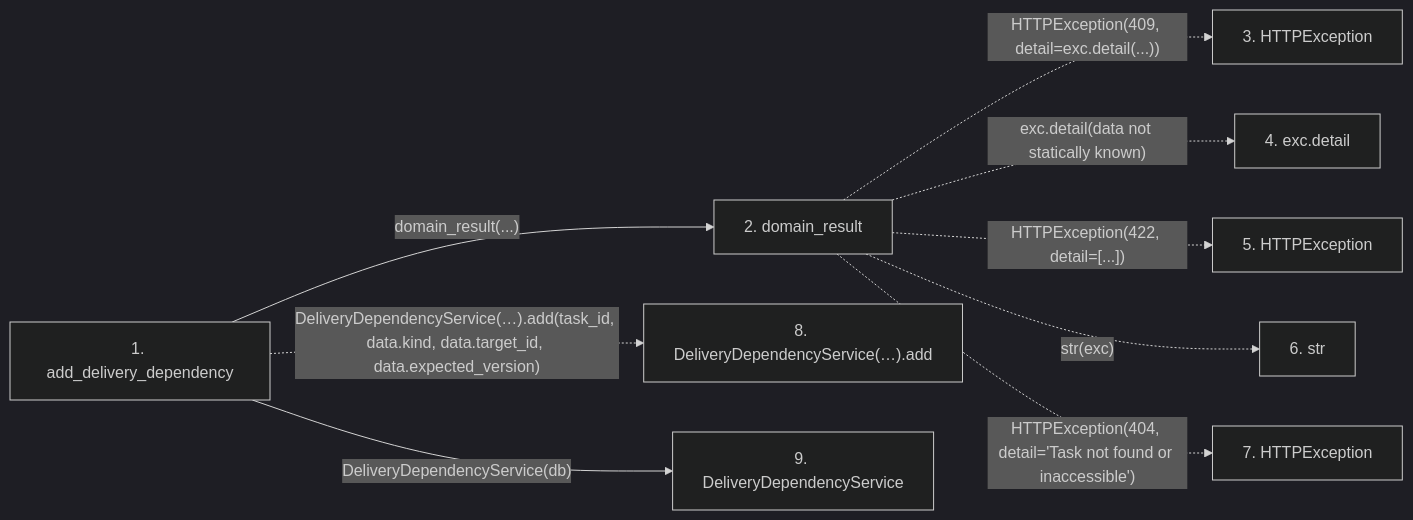
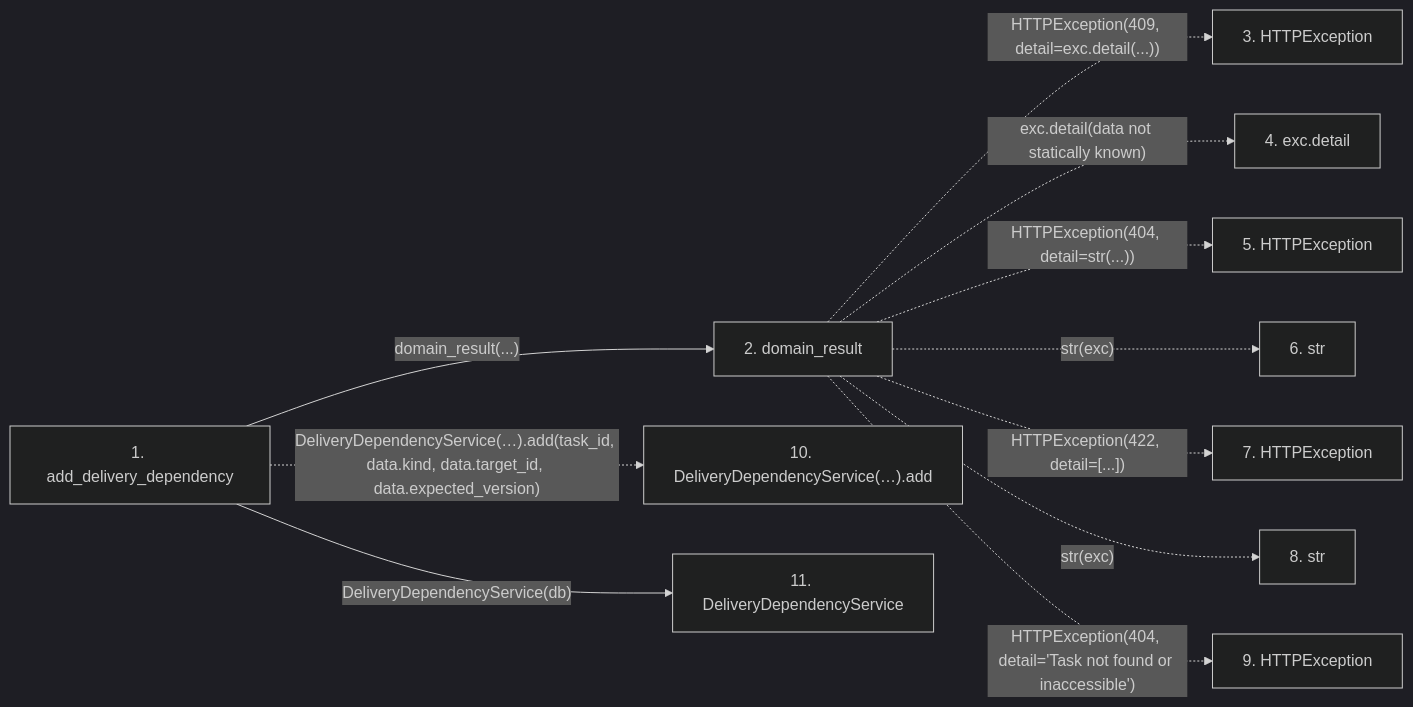
Before and after one commit to Denissvgn/WorkChord: the second of 2 diagrams in docs/llm_wiki/flows/http-add_delivery_dependency.md, drawn with Mermaid (dark theme). The commit also changed other lines of this file and 6624 other files, not shown here.

````diff
--- a/docs/llm_wiki/flows/http-add_delivery_dependency.md
+++ b/docs/llm_wiki/flows/http-add_delivery_dependency.md
@@ -32,23 +34,27 @@
 ```mermaid
 flowchart LR
     s1["1. add_delivery_dependency"]
     s2["2. domain_result"]
     s3["3. HTTPException"]
     s4["4. exc.detail"]
     s5["5. HTTPException"]
     s6["6. str"]
     s7["7. HTTPException"]
-    s8["8. DeliveryDependencyService(…).add"]
-    s9["9. DeliveryDependencyService"]
+    s8["8. str"]
+    s9["9. HTTPException"]
+    s10["10. DeliveryDependencyService(…).add"]
+    s11["11. DeliveryDependencyService"]
     s1 -->|"domain_result(...)"| s2
     s2 -. "HTTPException(409, detail=exc.detail(...))" .-> s3
     s2 -. "exc.detail(data not statically known)" .-> s4
-    s2 -. "HTTPException(422, detail=[...])" .-> s5
+    s2 -. "HTTPException(404, detail=str(...))" .-> s5
     s2 -. "str(exc)" .-> s6
-    s2 -. "HTTPException(404, detail='Task not found or inaccessible')" .-> s7
-    s1 -. "DeliveryDependencyService(…).add(task_id, data.kind, data.target_id, data.expected_version)" .-> s8
-    s1 -->|"DeliveryDependencyService(db)"| s9
+    s2 -. "HTTPException(422, detail=[...])" .-> s7
+    s2 -. "str(exc)" .-> s8
+    s2 -. "HTTPException(404, detail='Task not found or inaccessible')" .-> s9
+    s1 -. "DeliveryDependencyService(…).add(task_id, data.kind, data.target_id, data.expected_version)" .-> s10
+    s1 -->|"DeliveryDependencyService(db)"| s11
     click s1 "../modules/delivery_dependencies.md"
     click s2 "../modules/routers_task_domain.md"
-    click s9 "../modules/delivery_dependency_service.md"
+    click s11 "../modules/delivery_dependency_service.md"
 ```
````
